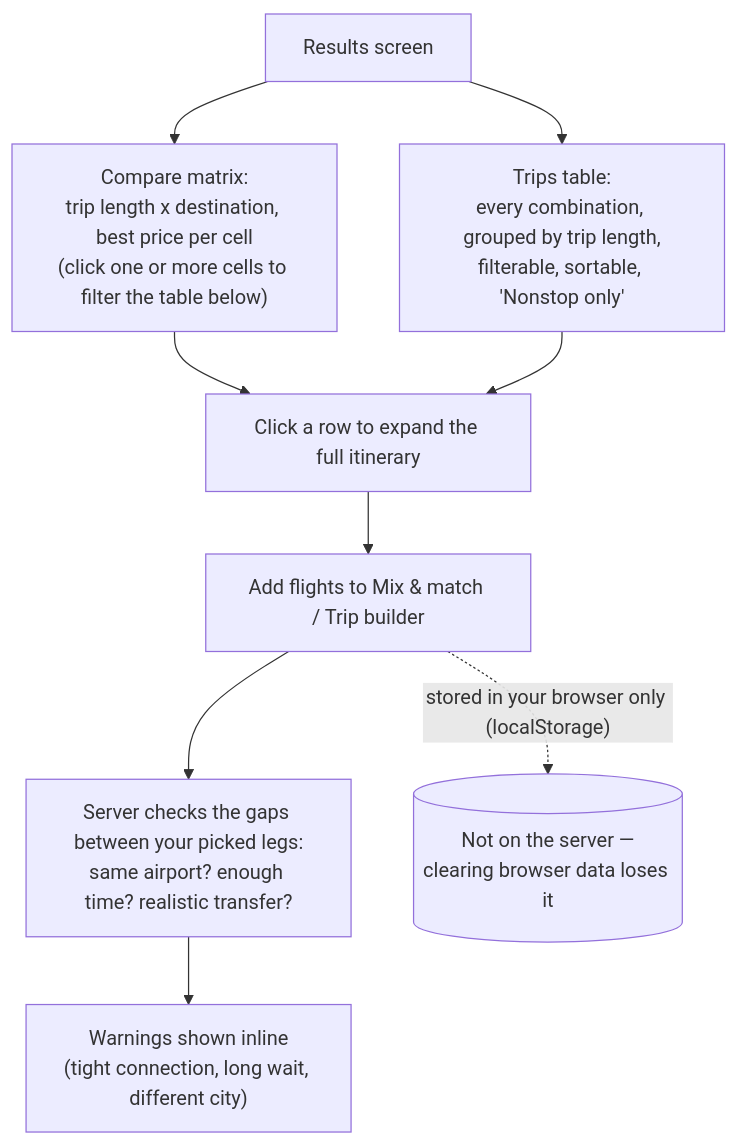
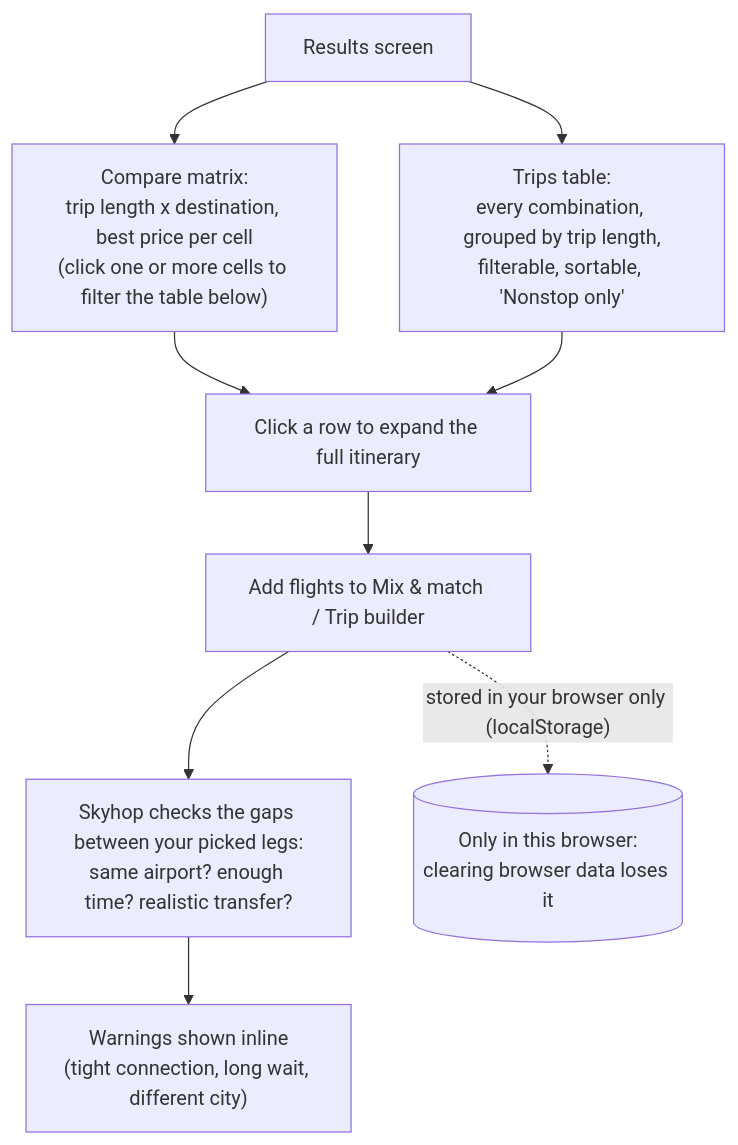
Before and after one commit to alon24/AiTravelSearcher: the fifth of 5 diagrams in README.md, drawn with Mermaid. The commit also changed other lines of this file and 98 other files, not shown here.

First line of the commit message:
Skyhop is now one version: the live site, with the Docker server retired

````diff
--- a/README.md
+++ b/README.md
@@ -155,11 +163,11 @@
 ```mermaid
 flowchart TD
     R["Results screen"] --> M["Compare matrix:\ntrip length x destination, best price per cell\n(click one or more cells to filter the table below)"]
     R --> T["Trips table:\nevery combination, grouped by trip length,\nfilterable, sortable, 'Nonstop only'"]
     M --> Pick1["Click a row to expand the full itinerary"]
     T --> Pick1
     Pick1 --> MM["Add flights to Mix & match / Trip builder"]
-    MM --> Check["Server checks the gaps between your picked legs:\nsame airport? enough time? realistic transfer?"]
+    MM --> Check["Skyhop checks the gaps between your picked legs:\nsame airport? enough time? realistic transfer?"]
     Check --> Warn["Warnings shown inline\n(tight connection, long wait, different city)"]
-    MM -.stored in your browser only (localStorage).-> Local[("Not on the server —\nclearing browser data loses it")]
+    MM -.stored in your browser only (localStorage).-> Local[("Only in this browser:\nclearing browser data loses it")]
 ```
````
